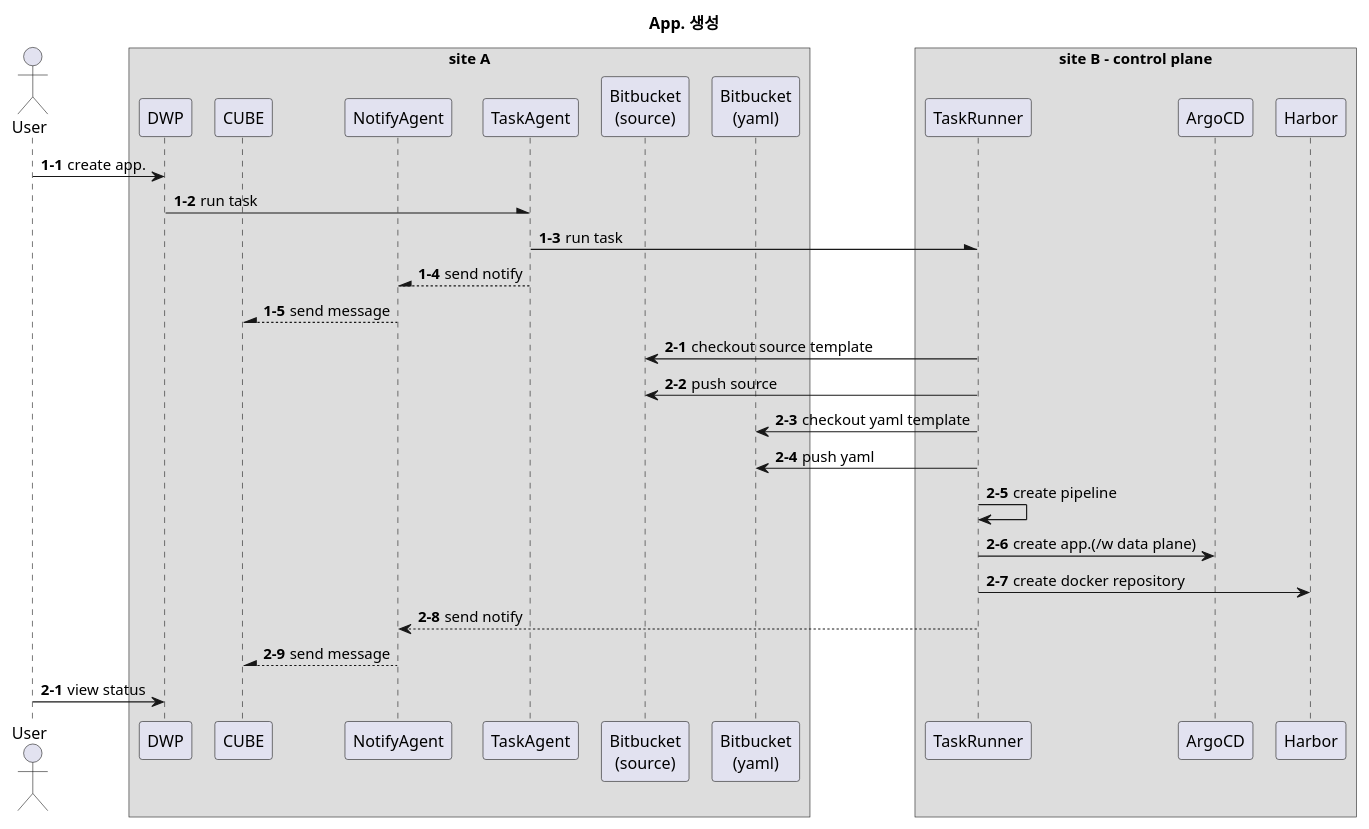
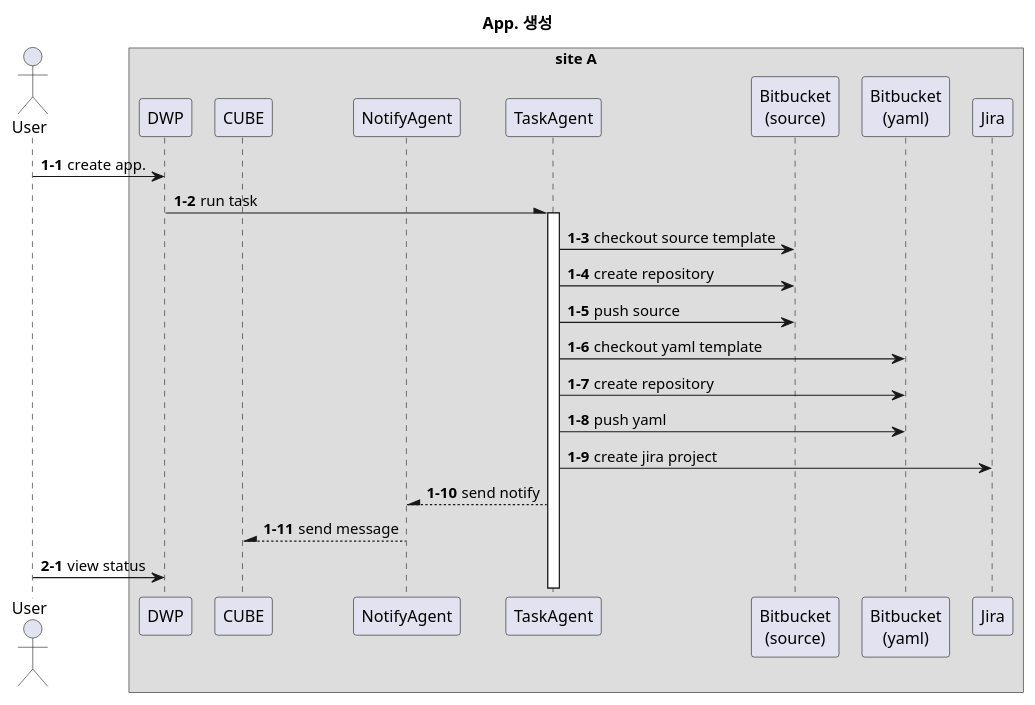
The sixth of 12 diagrams in docs/src/multi-cloud/diagram.md (kloudbank/htdp1.github.io), drawn with PlantUML before and after one commit. The commit also changed other lines of this file, not shown here.

Commit message:
modify diagram 1228

```diff
--- a/docs/src/multi-cloud/diagram.md
+++ b/docs/src/multi-cloud/diagram.md
@@ -212,44 +217,36 @@
 @startuml
 
 scale 1
 skinparam ParticipantPadding 5
 skinparam BoxPadding 5
 title "App. 생성"
 
 actor User
 box "site A"
     participant DWP
     participant CUBE
     participant NotifyAgent
     participant TaskAgent
     participant "Bitbucket\n(source)" as source
     participant "Bitbucket\n(yaml)" as yaml
-end box
-box "site B - control plane"
-    participant TaskRunner
-    participant ArgoCD
-    participant Harbor
+    participant Jira
 end box
 
 autonumber 1-1
 User -> DWP : create app.
 DWP -\ TaskAgent : run task
-TaskAgent -\ TaskRunner : run task
+activate TaskAgent
+TaskAgent -> source : checkout source template
+TaskAgent -> source : create repository
+TaskAgent -> source : push source
+TaskAgent -> yaml : checkout yaml template
+TaskAgent -> yaml : create repository
+TaskAgent -> yaml : push yaml
+TaskAgent -> Jira : create jira project
 TaskAgent --\ NotifyAgent : send notify
-NotifyAgent --\ CUBE : send message
-
-autonumber 2-1
-TaskRunner -> source : checkout source template
-TaskRunner -> source : push source
-TaskRunner -> yaml : checkout yaml template
-TaskRunner -> yaml : push yaml
-TaskRunner -> TaskRunner : create pipeline
-TaskRunner -> ArgoCD : create app.(/w data plane)
-TaskRunner -> Harbor : create docker repository
-TaskRunner --> NotifyAgent : send notify
 NotifyAgent --\ CUBE : send message
 
 autonumber 2-1
 User -> DWP : view status
 
 @enduml
```
